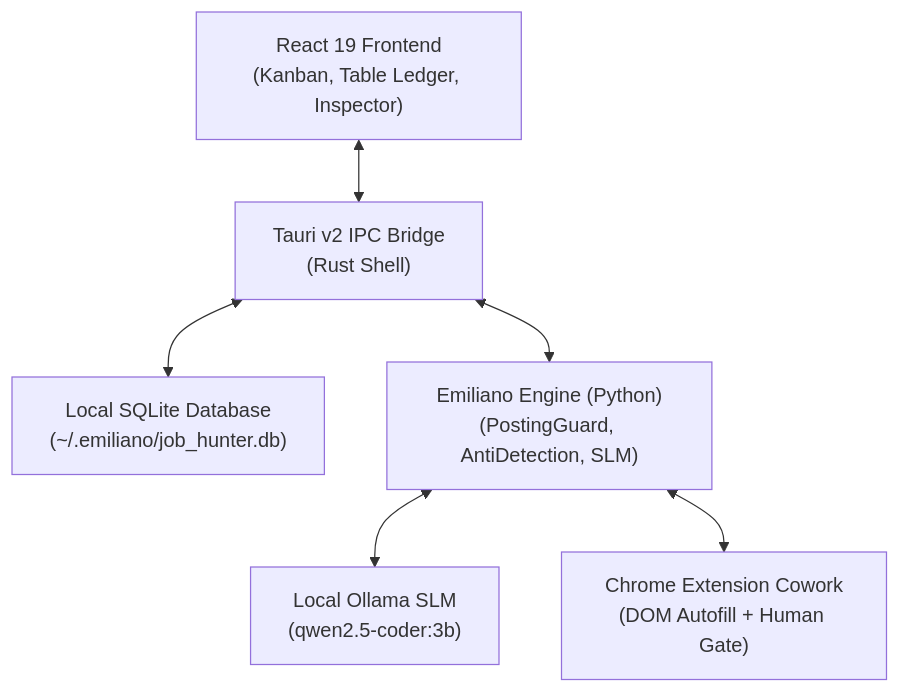
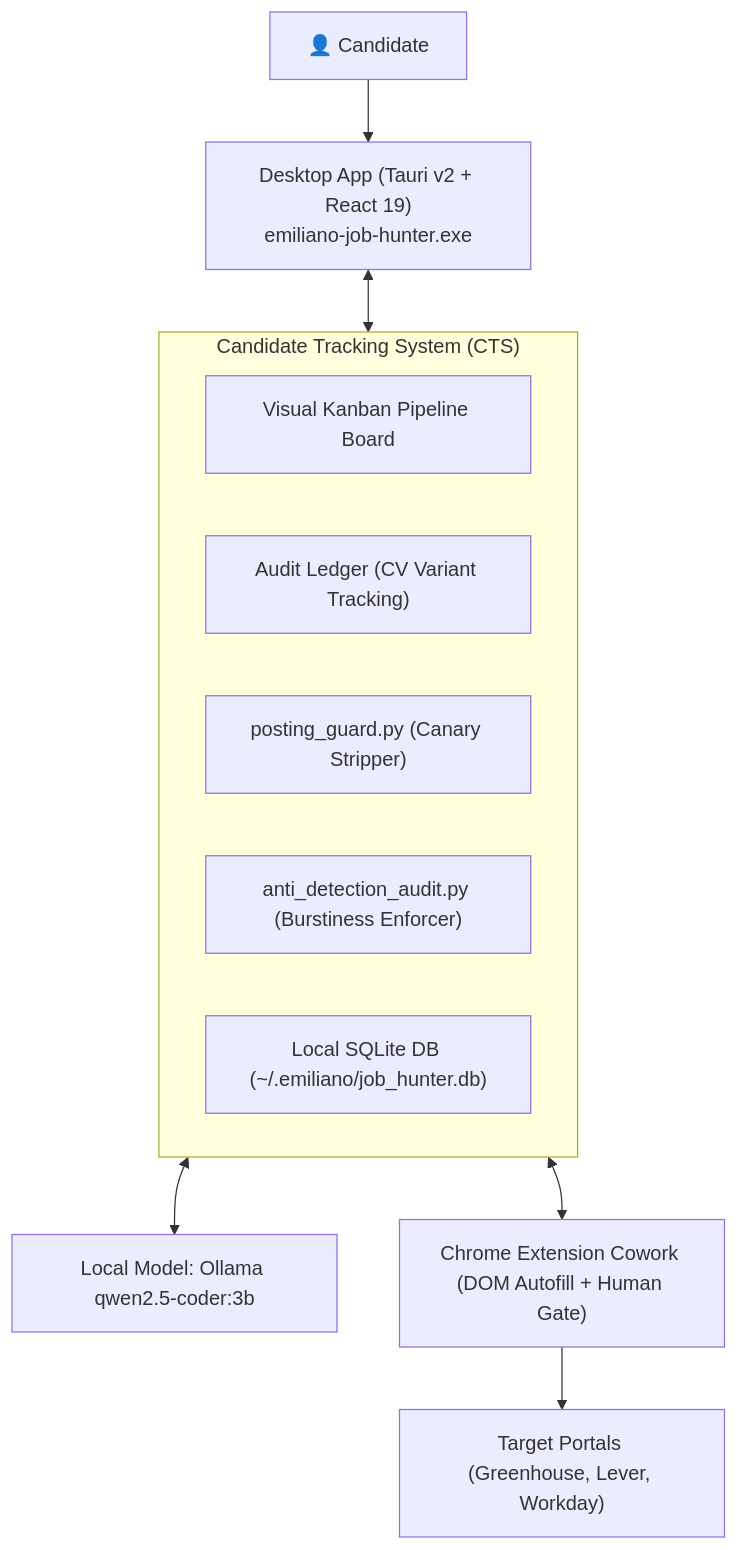
Before and after one commit to luisenriquecgongora/emiliano-job-hunter: the diagram in README.md, drawn with Mermaid. The commit also changed other lines of this file and 1 other file, not shown here.

Commit message:
docs: establish Candidate Tracking System (CTS) Counter-ATS positioning

````diff
--- a/README.md
+++ b/README.md
@@ -59,8 +103,17 @@
 ```mermaid
 flowchart TB
-    UI["React 19 Frontend<br/>(Kanban, Table Ledger, Inspector)"] <--> IPC["Tauri v2 IPC Bridge<br/>(Rust Shell)"]
-    IPC <--> DB["Local SQLite Database<br/>(~/.emiliano/job_hunter.db)"]
-    IPC <--> Engine["Emiliano Engine (Python)<br/>(PostingGuard, AntiDetection, SLM)"]
-    Engine <--> Ollama["Local Ollama SLM<br/>(qwen2.5-coder:3b)"]
-    Engine <--> Chrome["Chrome Extension Cowork<br/>(DOM Autofill + Human Gate)"]
+    Candidate["👤 Candidate"] --> Desktop["Desktop App (Tauri v2 + React 19)<br/>emiliano-job-hunter.exe"]
+    
+    subgraph CounterATS["Candidate Tracking System (CTS)"]
+        Kanban["Visual Kanban Pipeline Board"]
+        Ledger["Audit Ledger (CV Variant Tracking)"]
+        Guard["posting_guard.py (Canary Stripper)"]
+        Audit["anti_detection_audit.py (Burstiness Enforcer)"]
+        DB["Local SQLite DB (~/.emiliano/job_hunter.db)"]
+    end
+
+    Desktop <--> CounterATS
+    CounterATS <--> SLM["Local Model: Ollama qwen2.5-coder:3b"]
+    CounterATS <--> Chrome["Chrome Extension Cowork (DOM Autofill + Human Gate)"]
+    Chrome --> Portals["Target Portals (Greenhouse, Lever, Workday)"]
 ```
````
